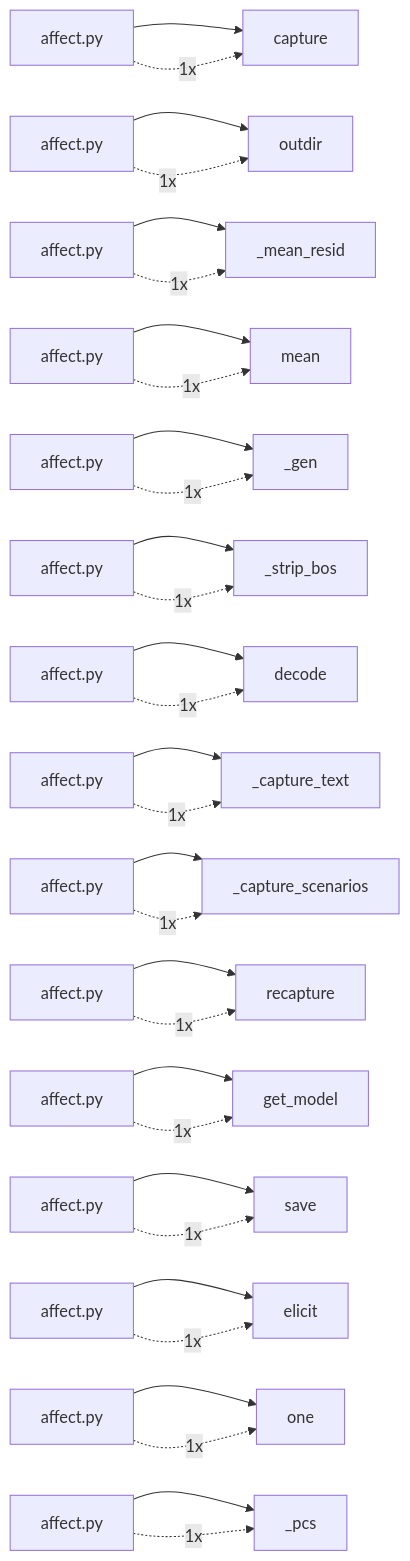
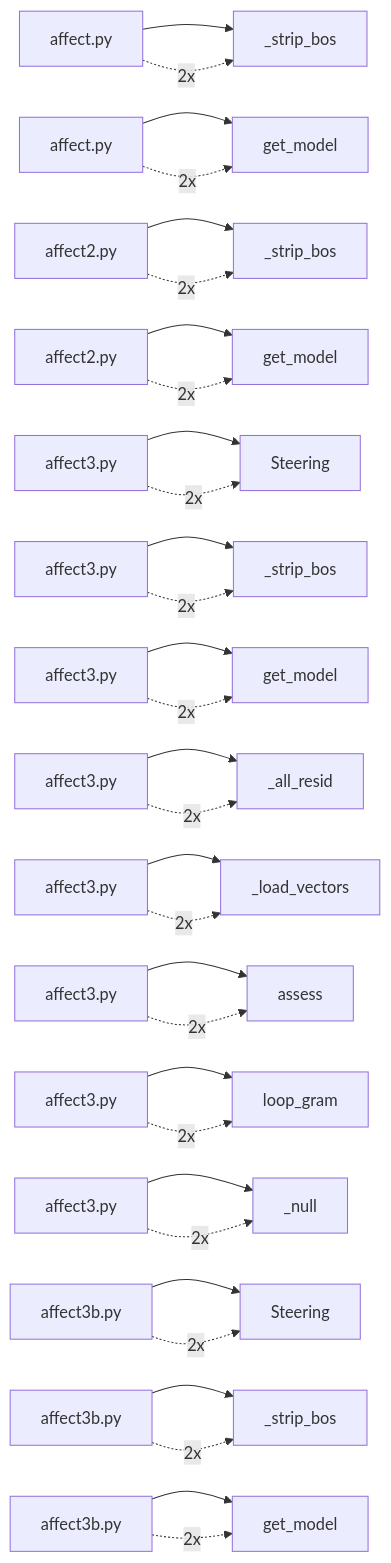
The fifth of 15 diagrams in .mentis/context/graphs.md (wolframs/jspace-probes), drawn with Mermaid before and after one commit. The commit also changed other lines of this file and 58 other files, not shown here.

First line of the commit message:
Mnestis fork: the call graph stops guessing, and engine/ session logs leave the repo

````diff
--- a/.mentis/context/graphs.md
+++ b/.mentis/context/graphs.md
@@ -41,33 +41,33 @@
 ```mermaid
 flowchart LR
-  A0["affect.py"] --> B0["capture"]
-  A0 -. 1x .-> B0
-  A1["affect.py"] --> B1["outdir"]
-  A1 -. 1x .-> B1
-  A2["affect.py"] --> B2["_mean_resid"]
-  A2 -. 1x .-> B2
-  A3["affect.py"] --> B3["mean"]
-  A3 -. 1x .-> B3
-  A4["affect.py"] --> B4["_gen"]
-  A4 -. 1x .-> B4
-  A5["affect.py"] --> B5["_strip_bos"]
-  A5 -. 1x .-> B5
-  A6["affect.py"] --> B6["decode"]
-  A6 -. 1x .-> B6
-  A7["affect.py"] --> B7["_capture_text"]
-  A7 -. 1x .-> B7
-  A8["affect.py"] --> B8["_capture_scenarios"]
-  A8 -. 1x .-> B8
-  A9["affect.py"] --> B9["recapture"]
-  A9 -. 1x .-> B9
-  A10["affect.py"] --> B10["get_model"]
-  A10 -. 1x .-> B10
-  A11["affect.py"] --> B11["save"]
-  A11 -. 1x .-> B11
-  A12["affect.py"] --> B12["elicit"]
-  A12 -. 1x .-> B12
-  A13["affect.py"] --> B13["one"]
-  A13 -. 1x .-> B13
-  A14["affect.py"] --> B14["_pcs"]
-  A14 -. 1x .-> B14
+  A0["affect.py"] --> B0["_strip_bos"]
+  A0 -. 2x .-> B0
+  A1["affect.py"] --> B1["get_model"]
+  A1 -. 2x .-> B1
+  A2["affect2.py"] --> B2["_strip_bos"]
+  A2 -. 2x .-> B2
+  A3["affect2.py"] --> B3["get_model"]
+  A3 -. 2x .-> B3
+  A4["affect3.py"] --> B4["Steering"]
+  A4 -. 2x .-> B4
+  A5["affect3.py"] --> B5["_strip_bos"]
+  A5 -. 2x .-> B5
+  A6["affect3.py"] --> B6["get_model"]
+  A6 -. 2x .-> B6
+  A7["affect3.py"] --> B7["_all_resid"]
+  A7 -. 2x .-> B7
+  A8["affect3.py"] --> B8["_load_vectors"]
+  A8 -. 2x .-> B8
+  A9["affect3.py"] --> B9["assess"]
+  A9 -. 2x .-> B9
+  A10["affect3.py"] --> B10["loop_gram"]
+  A10 -. 2x .-> B10
+  A11["affect3.py"] --> B11["_null"]
+  A11 -. 2x .-> B11
+  A12["affect3b.py"] --> B12["Steering"]
+  A12 -. 2x .-> B12
+  A13["affect3b.py"] --> B13["_strip_bos"]
+  A13 -. 2x .-> B13
+  A14["affect3b.py"] --> B14["get_model"]
+  A14 -. 2x .-> B14
 ```
````
